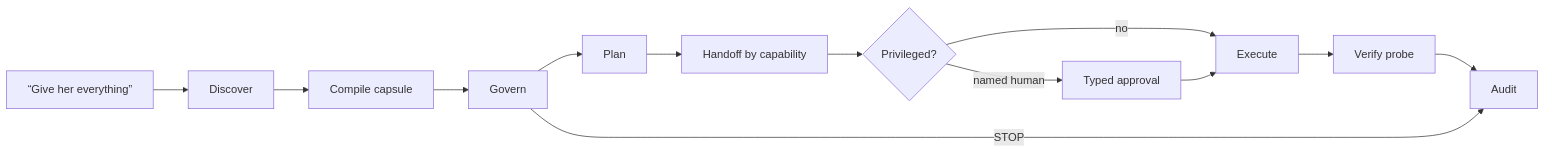
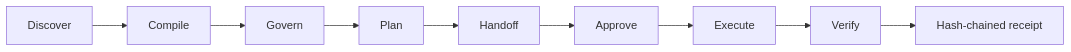
Before and after one commit to RHUDHRESH/contextrail: the diagram in README.md, drawn with Mermaid. The commit also changed other lines of this file and 1 other file, not shown here.

````diff
--- a/README.md
+++ b/README.md
@@ -53,15 +11,11 @@
 ```mermaid
 flowchart LR
-  Q["“Give her everything”"] --> D[Discover]
-  D --> C[Compile capsule]
+  D[Discover] --> C[Compile]
   C --> G[Govern]
   G --> P[Plan]
-  P --> H[Handoff by capability]
-  H --> A{Privileged?}
-  A -->|named human| AP[Typed approval]
-  A -->|no| E[Execute]
-  AP --> E
-  E --> V[Verify probe]
-  V --> U[Audit]
-  G -->|STOP| U
+  P --> H[Handoff]
+  H --> A[Approve]
+  A --> E[Execute]
+  E --> V[Verify]
+  V --> R[Hash-chained receipt]
 ```
````
